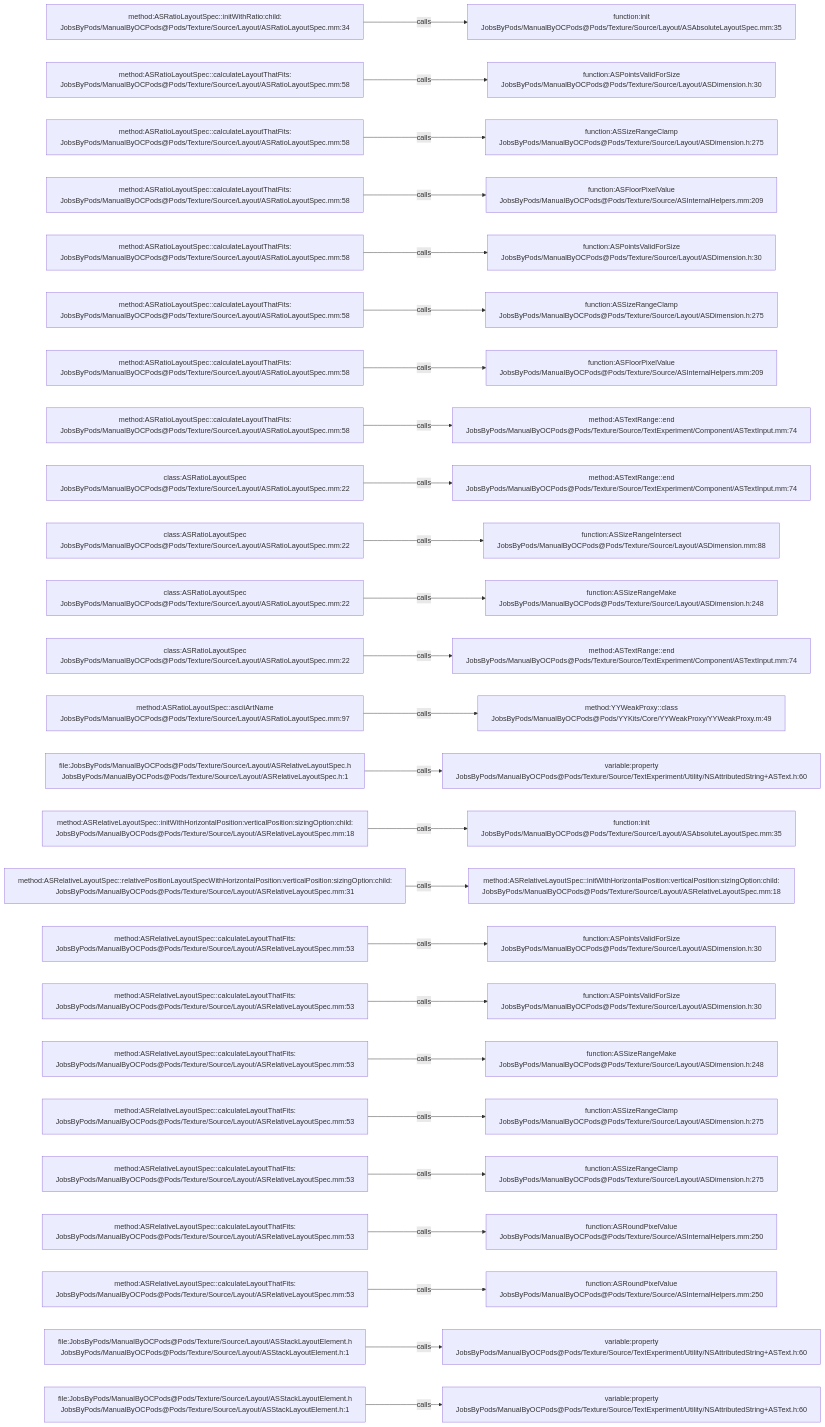
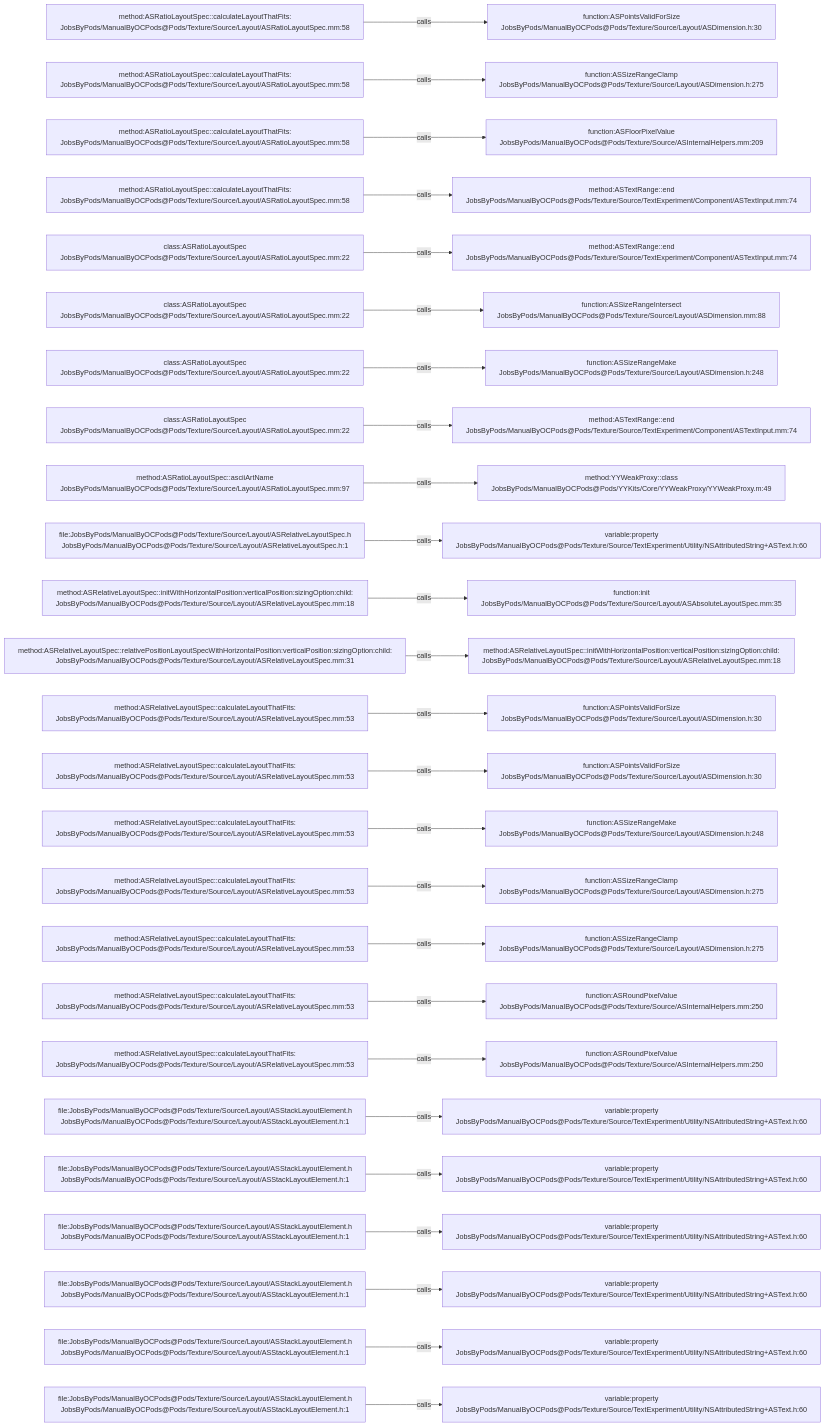
The diagram in .codegraph/codegraph.md/graphs/calls-180.md (JobsKits/JobsOCBaseConfigDemo), drawn with Mermaid before and after one commit. The commit also changed 727 other files, not shown here.

````diff
--- a/.codegraph/codegraph.md/graphs/calls-180.md
+++ b/.codegraph/codegraph.md/graphs/calls-180.md
@@ -13,78 +13,78 @@
 ```mermaid
 flowchart LR
-  S1["method:ASRatioLayoutSpec::initWithRatio:child:<br/>JobsByPods/ManualByOCPods@Pods/Texture/Source/Layout/ASRatioLayoutSpec.mm:34"]
-  T1["function:init<br/>JobsByPods/ManualByOCPods@Pods/Texture/Source/Layout/ASAbsoluteLayoutSpec.mm:35"]
+  S1["method:ASRatioLayoutSpec::calculateLayoutThatFits:<br/>JobsByPods/ManualByOCPods@Pods/Texture/Source/Layout/ASRatioLayoutSpec.mm:58"]
+  T1["function:ASPointsValidForSize<br/>JobsByPods/ManualByOCPods@Pods/Texture/Source/Layout/ASDimension.h:30"]
   S1 -->|calls| T1
   S2["method:ASRatioLayoutSpec::calculateLayoutThatFits:<br/>JobsByPods/ManualByOCPods@Pods/Texture/Source/Layout/ASRatioLayoutSpec.mm:58"]
-  T2["function:ASPointsValidForSize<br/>JobsByPods/ManualByOCPods@Pods/Texture/Source/Layout/ASDimension.h:30"]
+  T2["function:ASSizeRangeClamp<br/>JobsByPods/ManualByOCPods@Pods/Texture/Source/Layout/ASDimension.h:275"]
   S2 -->|calls| T2
   S3["method:ASRatioLayoutSpec::calculateLayoutThatFits:<br/>JobsByPods/ManualByOCPods@Pods/Texture/Source/Layout/ASRatioLayoutSpec.mm:58"]
-  T3["function:ASSizeRangeClamp<br/>JobsByPods/ManualByOCPods@Pods/Texture/Source/Layout/ASDimension.h:275"]
+  T3["function:ASFloorPixelValue<br/>JobsByPods/ManualByOCPods@Pods/Texture/Source/ASInternalHelpers.mm:209"]
   S3 -->|calls| T3
   S4["method:ASRatioLayoutSpec::calculateLayoutThatFits:<br/>JobsByPods/ManualByOCPods@Pods/Texture/Source/Layout/ASRatioLayoutSpec.mm:58"]
-  T4["function:ASFloorPixelValue<br/>JobsByPods/ManualByOCPods@Pods/Texture/Source/ASInternalHelpers.mm:209"]
+  T4["method:ASTextRange::end<br/>JobsByPods/ManualByOCPods@Pods/Texture/Source/TextExperiment/Component/ASTextInput.mm:74"]
   S4 -->|calls| T4
-  S5["method:ASRatioLayoutSpec::calculateLayoutThatFits:<br/>JobsByPods/ManualByOCPods@Pods/Texture/Source/Layout/ASRatioLayoutSpec.mm:58"]
-  T5["function:ASPointsValidForSize<br/>JobsByPods/ManualByOCPods@Pods/Texture/Source/Layout/ASDimension.h:30"]
+  S5["class:ASRatioLayoutSpec<br/>JobsByPods/ManualByOCPods@Pods/Texture/Source/Layout/ASRatioLayoutSpec.mm:22"]
+  T5["method:ASTextRange::end<br/>JobsByPods/ManualByOCPods@Pods/Texture/Source/TextExperiment/Component/ASTextInput.mm:74"]
   S5 -->|calls| T5
-  S6["method:ASRatioLayoutSpec::calculateLayoutThatFits:<br/>JobsByPods/ManualByOCPods@Pods/Texture/Source/Layout/ASRatioLayoutSpec.mm:58"]
-  T6["function:ASSizeRangeClamp<br/>JobsByPods/ManualByOCPods@Pods/Texture/Source/Layout/ASDimension.h:275"]
+  S6["class:ASRatioLayoutSpec<br/>JobsByPods/ManualByOCPods@Pods/Texture/Source/Layout/ASRatioLayoutSpec.mm:22"]
+  T6["function:ASSizeRangeIntersect<br/>JobsByPods/ManualByOCPods@Pods/Texture/Source/Layout/ASDimension.mm:88"]
   S6 -->|calls| T6
-  S7["method:ASRatioLayoutSpec::calculateLayoutThatFits:<br/>JobsByPods/ManualByOCPods@Pods/Texture/Source/Layout/ASRatioLayoutSpec.mm:58"]
-  T7["function:ASFloorPixelValue<br/>JobsByPods/ManualByOCPods@Pods/Texture/Source/ASInternalHelpers.mm:209"]
+  S7["class:ASRatioLayoutSpec<br/>JobsByPods/ManualByOCPods@Pods/Texture/Source/Layout/ASRatioLayoutSpec.mm:22"]
+  T7["function:ASSizeRangeMake<br/>JobsByPods/ManualByOCPods@Pods/Texture/Source/Layout/ASDimension.h:248"]
   S7 -->|calls| T7
-  S8["method:ASRatioLayoutSpec::calculateLayoutThatFits:<br/>JobsByPods/ManualByOCPods@Pods/Texture/Source/Layout/ASRatioLayoutSpec.mm:58"]
+  S8["class:ASRatioLayoutSpec<br/>JobsByPods/ManualByOCPods@Pods/Texture/Source/Layout/ASRatioLayoutSpec.mm:22"]
   T8["method:ASTextRange::end<br/>JobsByPods/ManualByOCPods@Pods/Texture/Source/TextExperiment/Component/ASTextInput.mm:74"]
   S8 -->|calls| T8
-  S9["class:ASRatioLayoutSpec<br/>JobsByPods/ManualByOCPods@Pods/Texture/Source/Layout/ASRatioLayoutSpec.mm:22"]
-  T9["method:ASTextRange::end<br/>JobsByPods/ManualByOCPods@Pods/Texture/Source/TextExperiment/Component/ASTextInput.mm:74"]
+  S9["method:ASRatioLayoutSpec::asciiArtName<br/>JobsByPods/ManualByOCPods@Pods/Texture/Source/Layout/ASRatioLayoutSpec.mm:97"]
+  T9["method:YYWeakProxy::class<br/>JobsByPods/ManualByOCPods@Pods/YYKits/Core/YYWeakProxy/YYWeakProxy.m:49"]
   S9 -->|calls| T9
-  S10["class:ASRatioLayoutSpec<br/>JobsByPods/ManualByOCPods@Pods/Texture/Source/Layout/ASRatioLayoutSpec.mm:22"]
-  T10["function:ASSizeRangeIntersect<br/>JobsByPods/ManualByOCPods@Pods/Texture/Source/Layout/ASDimension.mm:88"]
+  S10["file:JobsByPods/ManualByOCPods@Pods/Texture/Source/Layout/ASRelativeLayoutSpec.h<br/>JobsByPods/ManualByOCPods@Pods/Texture/Source/Layout/ASRelativeLayoutSpec.h:1"]
+  T10["variable:property<br/>JobsByPods/ManualByOCPods@Pods/Texture/Source/TextExperiment/Utility/NSAttributedString+ASText.h:60"]
   S10 -->|calls| T10
-  S11["class:ASRatioLayoutSpec<br/>JobsByPods/ManualByOCPods@Pods/Texture/Source/Layout/ASRatioLayoutSpec.mm:22"]
-  T11["function:ASSizeRangeMake<br/>JobsByPods/ManualByOCPods@Pods/Texture/Source/Layout/ASDimension.h:248"]
+  S11["method:ASRelativeLayoutSpec::initWithHorizontalPosition:verticalPosition:sizingOption:child:<br/>JobsByPods/ManualByOCPods@Pods/Texture/Source/Layout/ASRelativeLayoutSpec.mm:18"]
+  T11["function:init<br/>JobsByPods/ManualByOCPods@Pods/Texture/Source/Layout/ASAbsoluteLayoutSpec.mm:35"]
   S11 -->|calls| T11
-  S12["class:ASRatioLayoutSpec<br/>JobsByPods/ManualByOCPods@Pods/Texture/Source/Layout/ASRatioLayoutSpec.mm:22"]
-  T12["method:ASTextRange::end<br/>JobsByPods/ManualByOCPods@Pods/Texture/Source/TextExperiment/Component/ASTextInput.mm:74"]
+  S12["method:ASRelativeLayoutSpec::relativePositionLayoutSpecWithHorizontalPosition:verticalPosition:sizingOption:child:<br/>JobsByPods/ManualByOCPods@Pods/Texture/Source/Layout/ASRelativeLayoutSpec.mm:31"]
+  T12["method:ASRelativeLayoutSpec::initWithHorizontalPosition:verticalPosition:sizingOption:child:<br/>JobsByPods/ManualByOCPods@Pods/Texture/Source/Layout/ASRelativeLayoutSpec.mm:18"]
   S12 -->|calls| T12
-  S13["method:ASRatioLayoutSpec::asciiArtName<br/>JobsByPods/ManualByOCPods@Pods/Texture/Source/Layout/ASRatioLayoutSpec.mm:97"]
-  T13["method:YYWeakProxy::class<br/>JobsByPods/ManualByOCPods@Pods/YYKits/Core/YYWeakProxy/YYWeakProxy.m:49"]
+  S13["method:ASRelativeLayoutSpec::calculateLayoutThatFits:<br/>JobsByPods/ManualByOCPods@Pods/Texture/Source/Layout/ASRelativeLayoutSpec.mm:53"]
+  T13["function:ASPointsValidForSize<br/>JobsByPods/ManualByOCPods@Pods/Texture/Source/Layout/ASDimension.h:30"]
   S13 -->|calls| T13
-  S14["file:JobsByPods/ManualByOCPods@Pods/Texture/Source/Layout/ASRelativeLayoutSpec.h<br/>JobsByPods/ManualByOCPods@Pods/Texture/Source/Layout/ASRelativeLayoutSpec.h:1"]
-  T14["variable:property<br/>JobsByPods/ManualByOCPods@Pods/Texture/Source/TextExperiment/Utility/NSAttributedString+ASText.h:60"]
+  S14["method:ASRelativeLayoutSpec::calculateLayoutThatFits:<br/>JobsByPods/ManualByOCPods@Pods/Texture/Source/Layout/ASRelativeLayoutSpec.mm:53"]
+  T14["function:ASPointsValidForSize<br/>JobsByPods/ManualByOCPods@Pods/Texture/Source/Layout/ASDimension.h:30"]
   S14 -->|calls| T14
-  S15["method:ASRelativeLayoutSpec::initWithHorizontalPosition:verticalPosition:sizingOption:child:<br/>JobsByPods/ManualByOCPods@Pods/Texture/Source/Layout/ASRelativeLayoutSpec.mm:18"]
-  T15["function:init<br/>JobsByPods/ManualByOCPods@Pods/Texture/Source/Layout/ASAbsoluteLayoutSpec.mm:35"]
+  S15["method:ASRelativeLayoutSpec::calculateLayoutThatFits:<br/>JobsByPods/ManualByOCPods@Pods/Texture/Source/Layout/ASRelativeLayoutSpec.mm:53"]
+  T15["function:ASSizeRangeMake<br/>JobsByPods/ManualByOCPods@Pods/Texture/Source/Layout/ASDimension.h:248"]
   S15 -->|calls| T15
-  S16["method:ASRelativeLayoutSpec::relativePositionLayoutSpecWithHorizontalPosition:verticalPosition:sizingOption:child:<br/>JobsByPods/ManualByOCPods@Pods/Texture/Source/Layout/ASRelativeLayoutSpec.mm:31"]
-  T16["method:ASRelativeLayoutSpec::initWithHorizontalPosition:verticalPosition:sizingOption:child:<br/>JobsByPods/ManualByOCPods@Pods/Texture/Source/Layout/ASRelativeLayoutSpec.mm:18"]
+  S16["method:ASRelativeLayoutSpec::calculateLayoutThatFits:<br/>JobsByPods/ManualByOCPods@Pods/Texture/Source/Layout/ASRelativeLayoutSpec.mm:53"]
+  T16["function:ASSizeRangeClamp<br/>JobsByPods/ManualByOCPods@Pods/Texture/Source/Layout/ASDimension.h:275"]
   S16 -->|calls| T16
   S17["method:ASRelativeLayoutSpec::calculateLayoutThatFits:<br/>JobsByPods/ManualByOCPods@Pods/Texture/Source/Layout/ASRelativeLayoutSpec.mm:53"]
-  T17["function:ASPointsValidForSize<br/>JobsByPods/ManualByOCPods@Pods/Texture/Source/Layout/ASDimension.h:30"]
+  T17["function:ASSizeRangeClamp<br/>JobsByPods/ManualByOCPods@Pods/Texture/Source/Layout/ASDimension.h:275"]
   S17 -->|calls| T17
   S18["method:ASRelativeLayoutSpec::calculateLayoutThatFits:<br/>JobsByPods/ManualByOCPods@Pods/Texture/Source/Layout/ASRelativeLayoutSpec.mm:53"]
-  T18["function:ASPointsValidForSize<br/>JobsByPods/ManualByOCPods@Pods/Texture/Source/Layout/ASDimension.h:30"]
+  T18["function:ASRoundPixelValue<br/>JobsByPods/ManualByOCPods@Pods/Texture/Source/ASInternalHelpers.mm:250"]
   S18 -->|calls| T18
   S19["method:ASRelativeLayoutSpec::calculateLayoutThatFits:<br/>JobsByPods/ManualByOCPods@Pods/Texture/Source/Layout/ASRelativeLayoutSpec.mm:53"]
-  T19["function:ASSizeRangeMake<br/>JobsByPods/ManualByOCPods@Pods/Texture/Source/Layout/ASDimension.h:248"]
+  T19["function:ASRoundPixelValue<br/>JobsByPods/ManualByOCPods@Pods/Texture/Source/ASInternalHelpers.mm:250"]
   S19 -->|calls| T19
-  S20["method:ASRelativeLayoutSpec::calculateLayoutThatFits:<br/>JobsByPods/ManualByOCPods@Pods/Texture/Source/Layout/ASRelativeLayoutSpec.mm:53"]
-  T20["function:ASSizeRangeClamp<br/>JobsByPods/ManualByOCPods@Pods/Texture/Source/Layout/ASDimension.h:275"]
+  S20["file:JobsByPods/ManualByOCPods@Pods/Texture/Source/Layout/ASStackLayoutElement.h<br/>JobsByPods/ManualByOCPods@Pods/Texture/Source/Layout/ASStackLayoutElement.h:1"]
+  T20["variable:property<br/>JobsByPods/ManualByOCPods@Pods/Texture/Source/TextExperiment/Utility/NSAttributedString+ASText.h:60"]
   S20 -->|calls| T20
-  S21["method:ASRelativeLayoutSpec::calculateLayoutThatFits:<br/>JobsByPods/ManualByOCPods@Pods/Texture/Source/Layout/ASRelativeLayoutSpec.mm:53"]
-  T21["function:ASSizeRangeClamp<br/>JobsByPods/ManualByOCPods@Pods/Texture/Source/Layout/ASDimension.h:275"]
+  S21["file:JobsByPods/ManualByOCPods@Pods/Texture/Source/Layout/ASStackLayoutElement.h<br/>JobsByPods/ManualByOCPods@Pods/Texture/Source/Layout/ASStackLayoutElement.h:1"]
+  T21["variable:property<br/>JobsByPods/ManualByOCPods@Pods/Texture/Source/TextExperiment/Utility/NSAttributedString+ASText.h:60"]
   S21 -->|calls| T21
-  S22["method:ASRelativeLayoutSpec::calculateLayoutThatFits:<br/>JobsByPods/ManualByOCPods@Pods/Texture/Source/Layout/ASRelativeLayoutSpec.mm:53"]
-  T22["function:ASRoundPixelValue<br/>JobsByPods/ManualByOCPods@Pods/Texture/Source/ASInternalHelpers.mm:250"]
+  S22["file:JobsByPods/ManualByOCPods@Pods/Texture/Source/Layout/ASStackLayoutElement.h<br/>JobsByPods/ManualByOCPods@Pods/Texture/Source/Layout/ASStackLayoutElement.h:1"]
+  T22["variable:property<br/>JobsByPods/ManualByOCPods@Pods/Texture/Source/TextExperiment/Utility/NSAttributedString+ASText.h:60"]
   S22 -->|calls| T22
-  S23["method:ASRelativeLayoutSpec::calculateLayoutThatFits:<br/>JobsByPods/ManualByOCPods@Pods/Texture/Source/Layout/ASRelativeLayoutSpec.mm:53"]
-  T23["function:ASRoundPixelValue<br/>JobsByPods/ManualByOCPods@Pods/Texture/Source/ASInternalHelpers.mm:250"]
+  S23["file:JobsByPods/ManualByOCPods@Pods/Texture/Source/Layout/ASStackLayoutElement.h<br/>JobsByPods/ManualByOCPods@Pods/Texture/Source/Layout/ASStackLayoutElement.h:1"]
+  T23["variable:property<br/>JobsByPods/ManualByOCPods@Pods/Texture/Source/TextExperiment/Utility/NSAttributedString+ASText.h:60"]
   S23 -->|calls| T23
   S24["file:JobsByPods/ManualByOCPods@Pods/Texture/Source/Layout/ASStackLayoutElement.h<br/>JobsByPods/ManualByOCPods@Pods/Texture/Source/Layout/ASStackLayoutElement.h:1"]
   T24["variable:property<br/>JobsByPods/ManualByOCPods@Pods/Texture/Source/TextExperiment/Utility/NSAttributedString+ASText.h:60"]
   S24 -->|calls| T24
   S25["file:JobsByPods/ManualByOCPods@Pods/Texture/Source/Layout/ASStackLayoutElement.h<br/>JobsByPods/ManualByOCPods@Pods/Texture/Source/Layout/ASStackLayoutElement.h:1"]
   T25["variable:property<br/>JobsByPods/ManualByOCPods@Pods/Texture/Source/TextExperiment/Utility/NSAttributedString+ASText.h:60"]
   S25 -->|calls| T25
 ```
````
